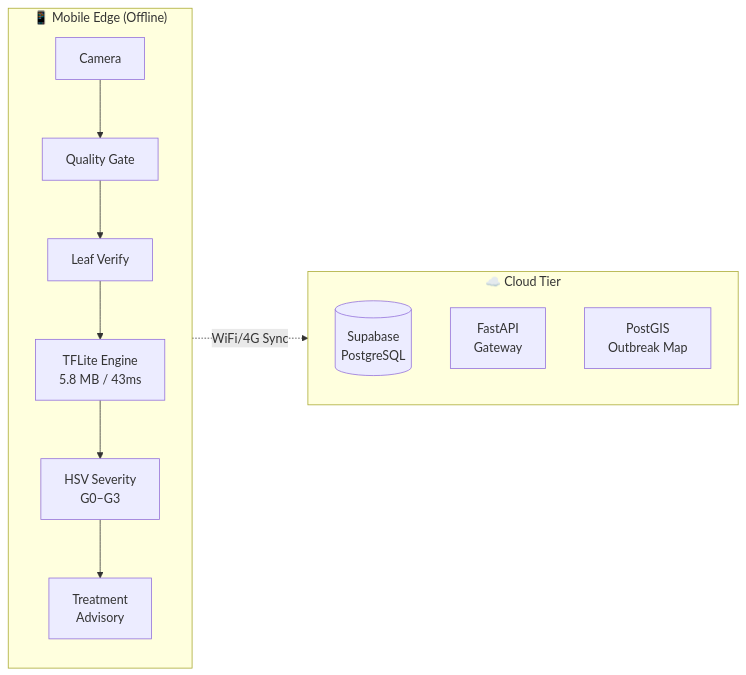
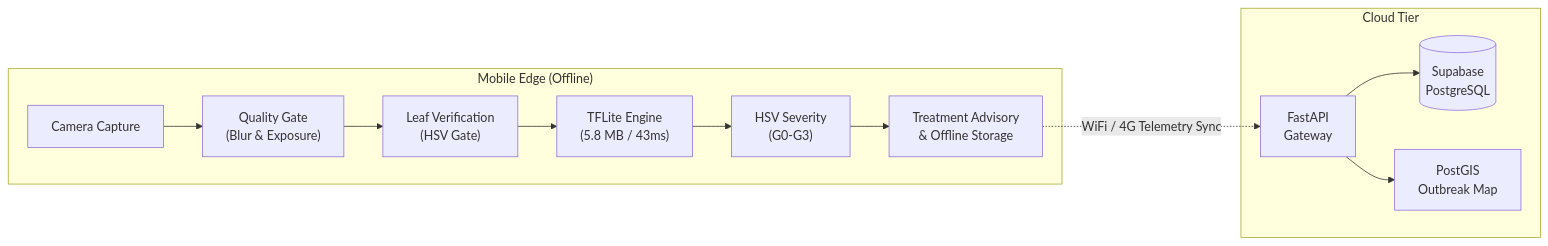
One commit to CropVision-Team/Crop_Vision changed the diagram in README.md. Above: the diagram before and after it, drawn with Mermaid. The commit also changed other lines of this file and 1 other file, not shown here.

````diff
--- a/README.md
+++ b/README.md
@@ -51,18 +54,20 @@
 ```mermaid
 flowchart LR
-    subgraph Edge["📱 Mobile Edge (Offline)"]
-        CAM[Camera] --> QG[Quality Gate]
-        QG --> LV[Leaf Verify]
-        LV --> INF[TFLite Engine<br/>5.8 MB / 43ms]
-        INF --> SEV[HSV Severity<br/>G0–G3]
-        SEV --> RX[Treatment<br/>Advisory]
+    subgraph Edge ["Mobile Edge (Offline)"]
+        CAM["Camera Capture"] --> QG["Quality Gate<br/>(Blur & Exposure)"]
+        QG --> LV["Leaf Verification<br/>(HSV Gate)"]
+        LV --> INF["TFLite Engine<br/>(5.8 MB / 43ms)"]
+        INF --> SEV["HSV Severity<br/>(G0-G3)"]
+        SEV --> RX["Treatment Advisory<br/>& Offline Storage"]
     end
 
-    subgraph Cloud["☁️ Cloud Tier"]
-        DB[(Supabase<br/>PostgreSQL)]
-        API[FastAPI<br/>Gateway]
-        GIS[PostGIS<br/>Outbreak Map]
+    subgraph Cloud ["Cloud Tier"]
+        API["FastAPI<br/>Gateway"]
+        DB[("Supabase<br/>PostgreSQL")]
+        GIS["PostGIS<br/>Outbreak Map"]
+        API --> DB
+        API --> GIS
     end
 
-    Edge -. "WiFi/4G Sync" .-> Cloud
+    RX -.->|WiFi / 4G Telemetry Sync| API
 ```
````
